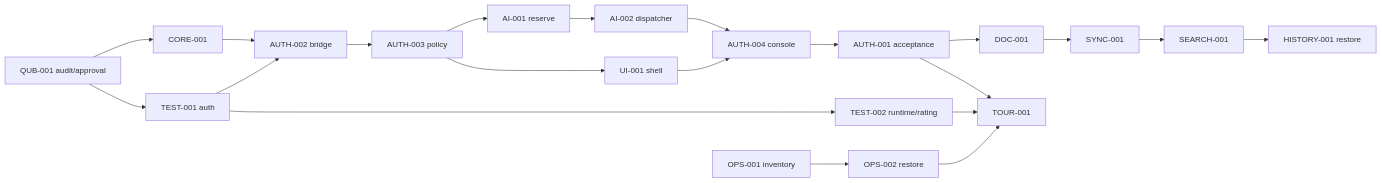
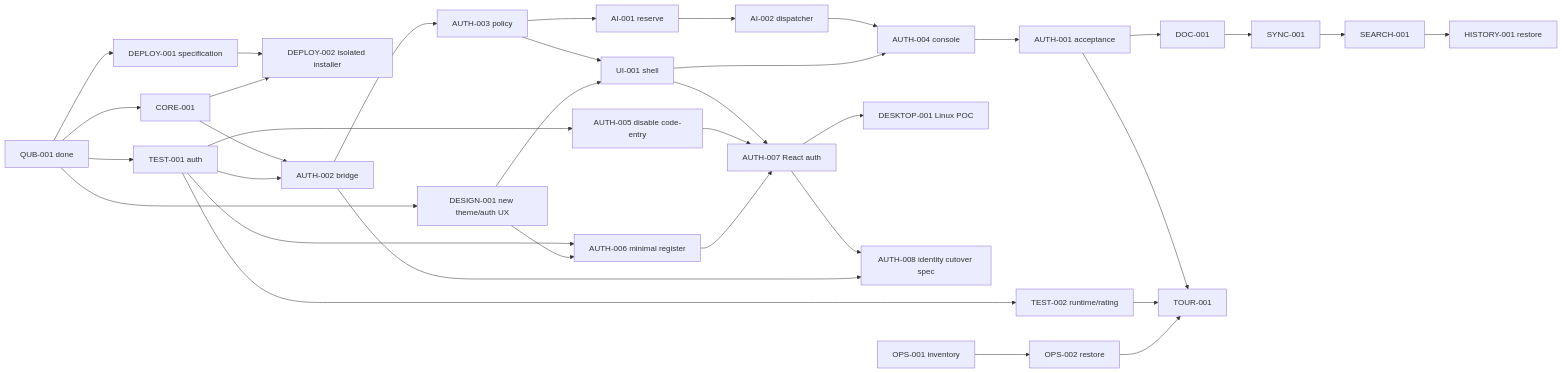
Before and after one commit to kirillkuz1122/qubite: the diagram in docs/plan/ROADMAP.md, drawn with Mermaid. The commit also changed other lines of this file and 27 other files, not shown here.

````diff
--- a/docs/plan/ROADMAP.md
+++ b/docs/plan/ROADMAP.md
@@ -5,23 +5,37 @@
 ```mermaid
 flowchart LR
-  AUD[QUB-001 audit/approval] --> CORE[CORE-001]
+  AUD[QUB-001 done] --> CORE[CORE-001]
+  AUD --> DESIGN[DESIGN-001 new theme/auth UX]
+  AUD --> DEP[DEPLOY-001 specification]
+  DEP --> INST[DEPLOY-002 isolated installer]
+  CORE --> INST
   OPS[OPS-001 inventory] --> BK[OPS-002 restore]
   AUD --> AT[TEST-001 auth]
   AT --> TT[TEST-002 runtime/rating]
   CORE --> ID[AUTH-002 bridge]
   AT --> ID
   ID --> POL[AUTH-003 policy]
   POL --> AI[AI-001 reserve]
   AI --> DISP[AI-002 dispatcher]
   POL --> UI[UI-001 shell]
+  DESIGN --> UI
+  AT --> CODE[AUTH-005 disable code-entry]
+  AT --> REG[AUTH-006 minimal register]
+  DESIGN --> REG
+  UI --> LOGIN[AUTH-007 React auth]
+  CODE --> LOGIN
+  REG --> LOGIN
+  LOGIN --> DESK[DESKTOP-001 Linux POC]
+  LOGIN --> CUT[AUTH-008 identity cutover spec]
+  ID --> CUT
   DISP --> OC[AUTH-004 console]
   UI --> OC
   OC --> ACC[AUTH-001 acceptance]
   ACC --> NOTE[DOC-001]
   NOTE --> SYNC[SYNC-001]
   SYNC --> FIND[SEARCH-001]
   FIND --> HIST[HISTORY-001 restore]
   ACC --> TOUR[TOUR-001]
   TT --> TOUR
   BK --> TOUR
 ```
````
